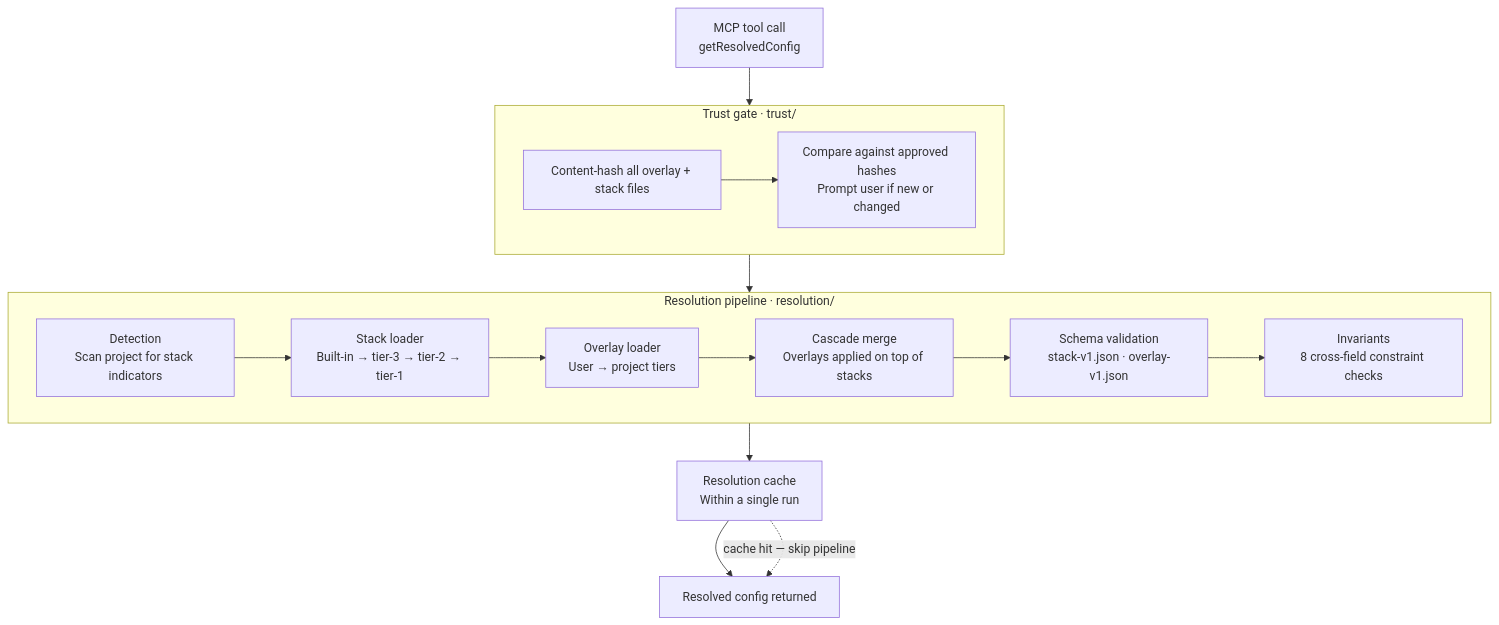
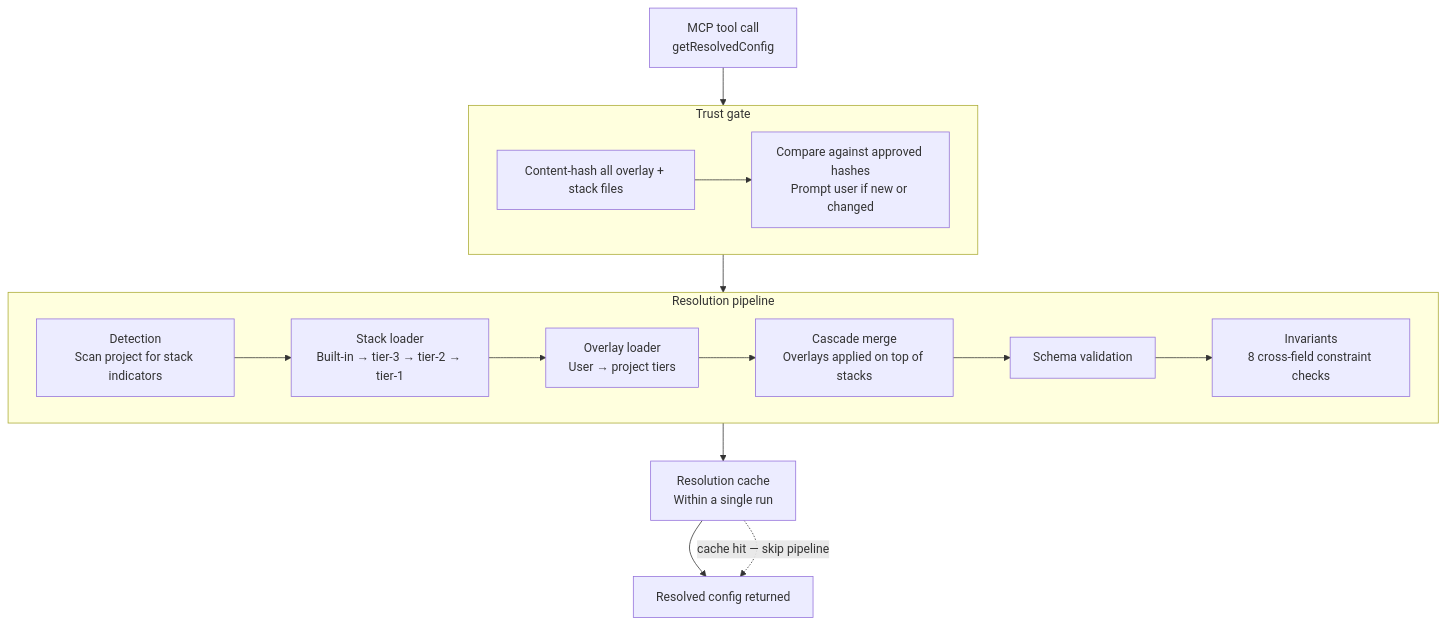
Before and after one commit to Thomas-AppForceOne/ClaudeAgents: the third of 5 diagrams in documentation/subsystem-architecture.md, drawn with Mermaid. The commit also changed other lines of this file, not shown here.

Commit message:
docs: remove all file paths from diagrams

````diff
--- a/documentation/subsystem-architecture.md
+++ b/documentation/subsystem-architecture.md
@@ -125,26 +125,26 @@
 ```mermaid
 flowchart TD
     IN["MCP tool call\ngetResolvedConfig"]
 
-    subgraph TG["Trust gate · trust/"]
+    subgraph TG["Trust gate"]
         HC["Content-hash all overlay + stack files"]
         TP["Compare against approved hashes\nPrompt user if new or changed"]
         HC --> TP
     end
 
-    subgraph RP["Resolution pipeline · resolution/"]
+    subgraph RP["Resolution pipeline"]
         DT["Detection\nScan project for stack indicators"]
         SL["Stack loader\nBuilt-in → tier-3 → tier-2 → tier-1"]
         OL["Overlay loader\nUser → project tiers"]
         CM["Cascade merge\nOverlays applied on top of stacks"]
-        SV["Schema validation\nstack-v1.json · overlay-v1.json"]
+        SV["Schema validation"]
         IV["Invariants\n8 cross-field constraint checks"]
         DT --> SL --> OL --> CM --> SV --> IV
     end
 
     CA["Resolution cache\nWithin a single run"]
     OUT["Resolved config returned"]
 
     IN --> TG --> RP --> CA --> OUT
     CA -.->|"cache hit — skip pipeline"| OUT
 ```
````
